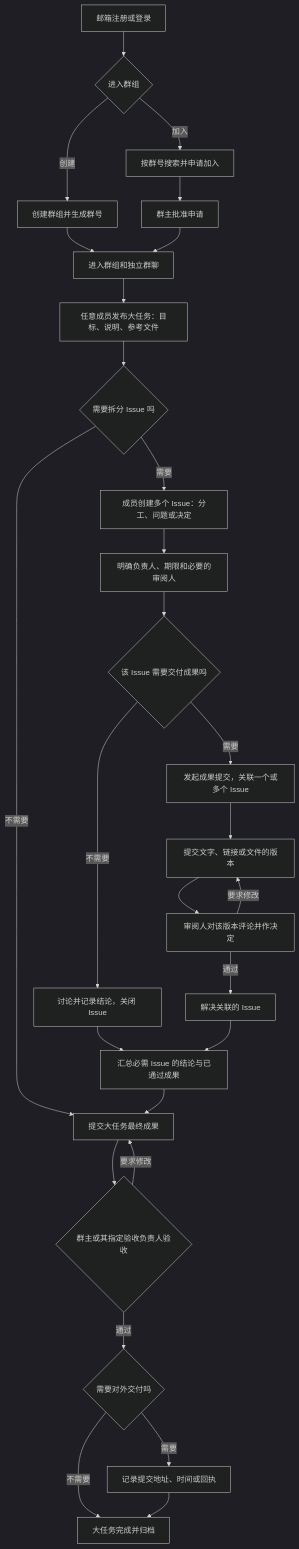
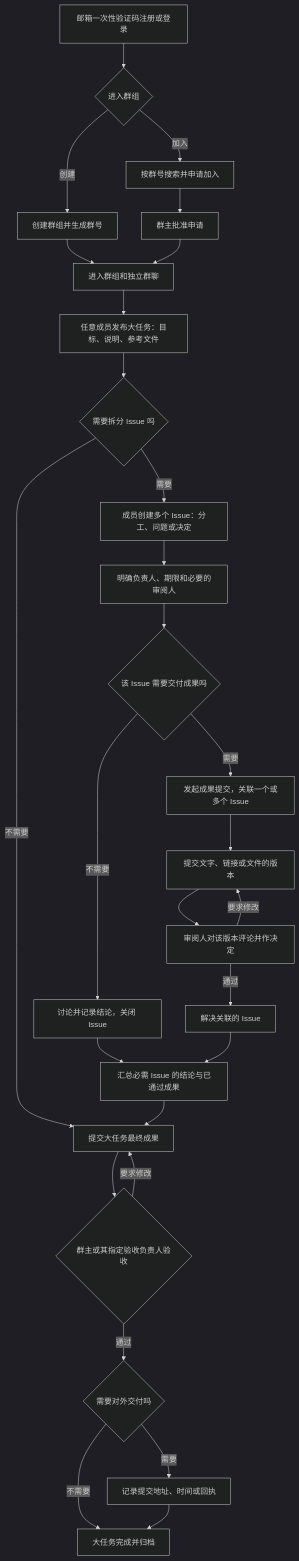
The diagram in FLOW.md (hymer7/Temori), drawn with Mermaid (dark theme) before and after one commit. The commit also changed other lines of this file and 41 other files, not shown here.

````diff
--- a/FLOW.md
+++ b/FLOW.md
@@ -17,30 +17,30 @@
 ```mermaid
 flowchart TD
-    A[邮箱注册或登录] --> B{进入群组}
+    A[邮箱一次性验证码注册或登录] --> B{进入群组}
     B -->|创建| C[创建群组并生成群号]
     B -->|加入| D[按群号搜索并申请加入]
     D --> E[群主批准申请]
     C --> F[进入群组和独立群聊]
     E --> F
     F --> G[任意成员发布大任务：目标、说明、参考文件]
     G --> V{需要拆分 Issue 吗}
     V -->|需要| H[成员创建多个 Issue：分工、问题或决定]
     V -->|不需要| Q
     H --> I[明确负责人、期限和必要的审阅人]
     I --> J{该 Issue 需要交付成果吗}
     J -->|不需要| K[讨论并记录结论，关闭 Issue]
     J -->|需要| L[发起成果提交，关联一个或多个 Issue]
     L --> M[提交文字、链接或文件的版本]
     M --> N[审阅人对该版本评论并作决定]
     N -->|要求修改| M
     N -->|通过| O[解决关联的 Issue]
     K --> P[汇总必需 Issue 的结论与已通过成果]
     O --> P
     P --> Q[提交大任务最终成果]
     Q --> R{群主或其指定验收负责人验收}
     R -->|要求修改| Q
     R -->|通过| S{需要对外交付吗}
     S -->|需要| T[记录提交地址、时间或回执]
     S -->|不需要| U[大任务完成并归档]
     T --> U
 ```
````
